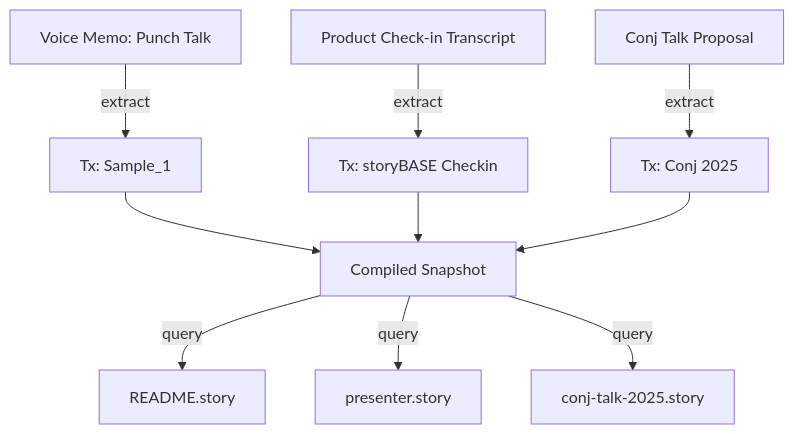
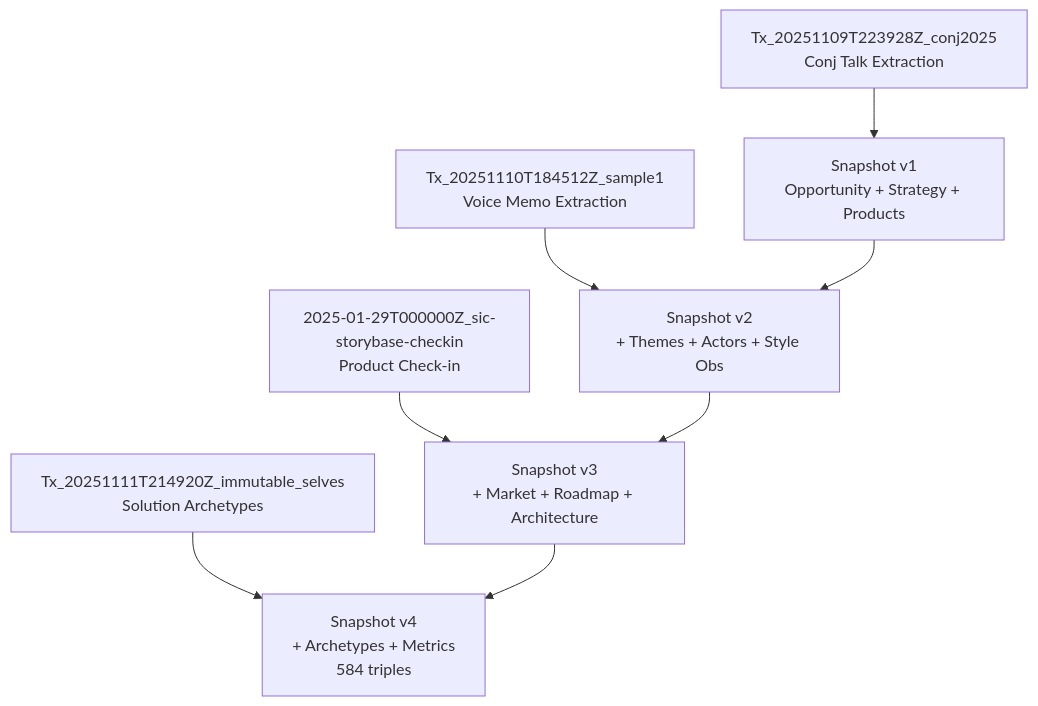
One commit to Synthetic-Identity-Co/conj-talk-2025 changed the first of 3 diagrams in README.md. Above: the diagram before and after it, drawn with Mermaid. The commit also changed other lines of this file, not shown here.

Commit message:
story:  c1fb138b7c83d6821051dd526ca862892cc8ef88

````diff
--- a/README.md
+++ b/README.md
@@ -125,12 +146,11 @@
 ```mermaid
 graph TD
-    A[Voice Memo: Punch Talk] -->|extract| B[Tx: Sample_1]
-    C[Product Check-in Transcript] -->|extract| D[Tx: storyBASE Checkin]
-    E[Conj Talk Proposal] -->|extract| F[Tx: Conj 2025]
-    B --> G[Compiled Snapshot]
-    D --> G
-    F --> G
-    G -->|query| H[README.story]
-    G -->|query| I[presenter.story]
-    G -->|query| J[conj-talk-2025.story]
+    A[Tx_20251109T223928Z_conj2025<br/>Conj Talk Extraction] --> B[Snapshot v1<br/>Opportunity + Strategy + Products]
+    C[Tx_20251110T184512Z_sample1<br/>Voice Memo Extraction] --> D[Snapshot v2<br/>+ Themes + Actors + Style Obs]
+    E[2025-01-29T000000Z_sic-storybase-checkin<br/>Product Check-in] --> F[Snapshot v3<br/>+ Market + Roadmap + Architecture]
+    G[Tx_20251111T214920Z_immutable_selves<br/>Solution Archetypes] --> H[Snapshot v4<br/>+ Archetypes + Metrics<br/>584 triples]
+    
+    B --> D
+    D --> F
+    F --> H
 ```
````
